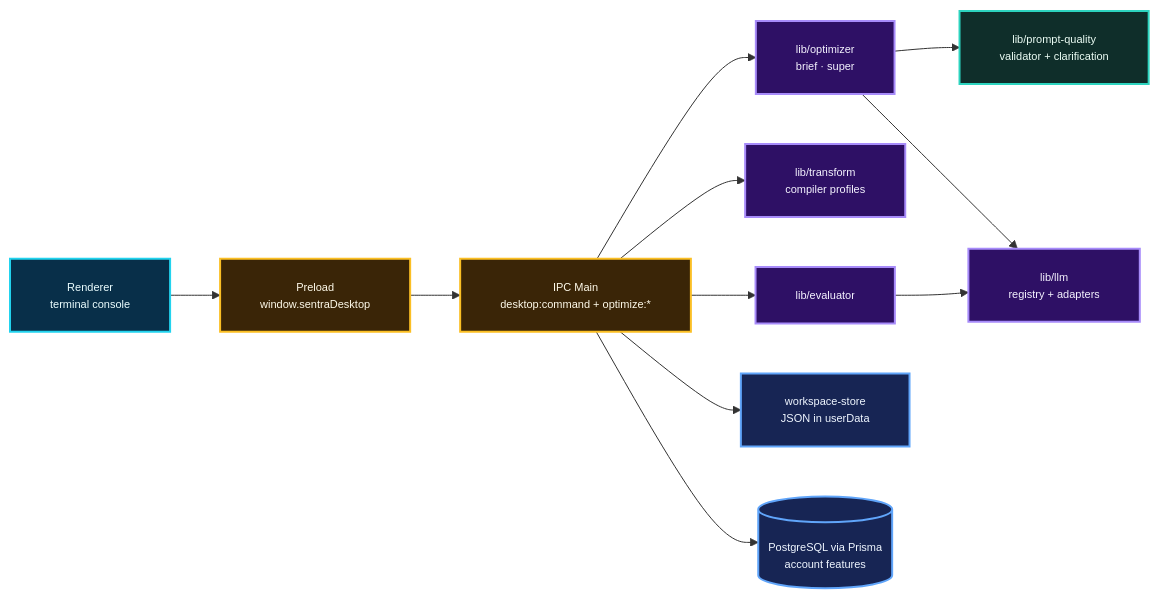
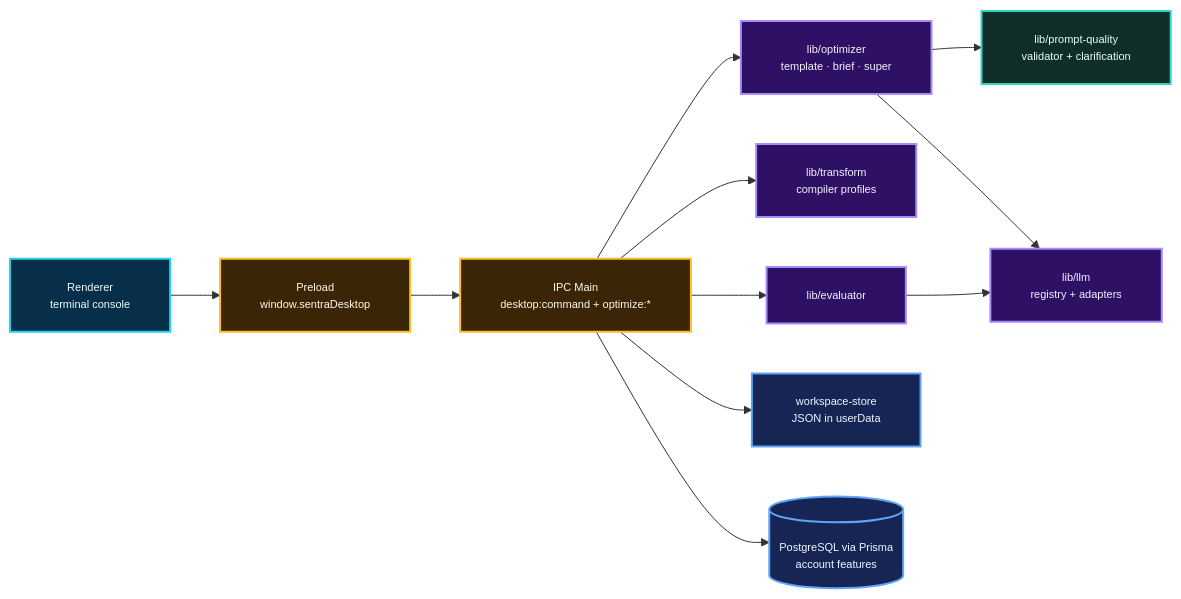
Before and after one commit to drferdi/Myprompt: the second of 2 diagrams in README.md, drawn with Mermaid. The commit also changed other lines of this file and 4 other files, not shown here.

````diff
--- a/README.md
+++ b/README.md
@@ -492,36 +603,36 @@
 ```mermaid
 %%{init: {"flowchart": {"htmlLabels": false, "padding": 20}, "themeVariables": {"fontFamily": "monospace", "fontSize": "11px"}}}%%
 flowchart LR
     R["Renderer<br/>terminal console"]
     P["Preload<br/>window.sentraDesktop"]
     I["IPC Main<br/>desktop:command + optimize:*"]
-    O["lib/optimizer<br/>brief · super"]
+    O["lib/optimizer<br/>template · brief · super"]
     T["lib/transform<br/>compiler profiles"]
     E["lib/evaluator"]
     Q["lib/prompt-quality<br/>validator + clarification"]
     L["lib/llm<br/>registry + adapters"]
     W["workspace-store<br/>JSON in userData"]
     D[("PostgreSQL via Prisma<br/>account features")]
 
     R --> P --> I
     I --> O
     I --> T
     I --> E
     O --> Q
     O --> L
     E --> L
     I --> W
     I --> D
 
     classDef renderer fill:#082F49,stroke:#22D3EE,color:#ECFEFF,stroke-width:2px;
     classDef boundary fill:#3A2507,stroke:#FBBF24,color:#FFFBEB,stroke-width:2px;
     classDef engine fill:#2E1065,stroke:#A78BFA,color:#F5F3FF,stroke-width:2px;
     classDef verify fill:#0F2E2A,stroke:#2DD4BF,color:#ECFDF5,stroke-width:2px;
     classDef data fill:#172554,stroke:#60A5FA,color:#EFF6FF,stroke-width:2px;
 
     class R renderer;
     class P,I boundary;
     class O,T,E,L engine;
     class Q verify;
     class W,D data;
 ```
````
